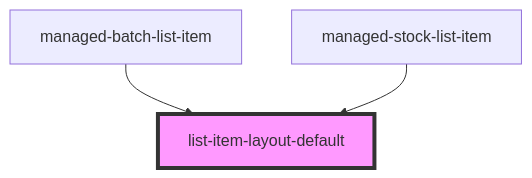
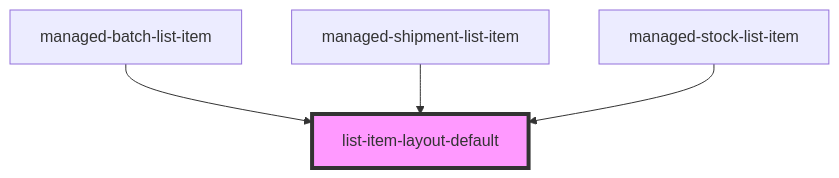
One commit to PharmaLedger-IMI/fgt-workspace changed the diagram in pdm-web-components/src/components/list-item-layout-default/readme.md. Above: the diagram before and after it, drawn with Mermaid. The commit also changed other lines of this file and 1 other file, not shown here.

Commit message:
refs #51 minor refactor

````diff
--- a/pdm-web-components/src/components/list-item-layout-default/readme.md
+++ b/pdm-web-components/src/components/list-item-layout-default/readme.md
@@ -27,6 +28,7 @@
 ```mermaid
 graph TD;
   managed-batch-list-item --> list-item-layout-default
+  managed-shipment-list-item --> list-item-layout-default
   managed-stock-list-item --> list-item-layout-default
   style list-item-layout-default fill:#f9f,stroke:#333,stroke-width:4px
 ```
````
